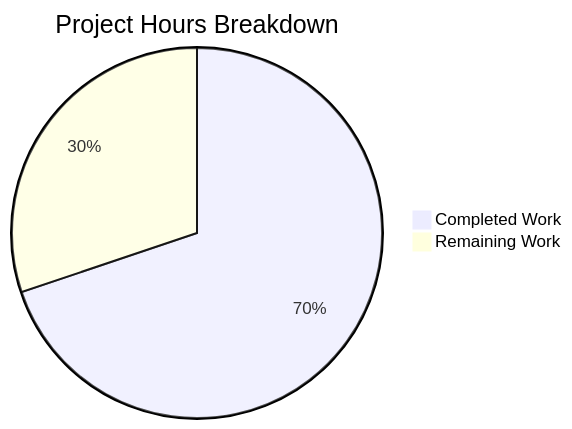
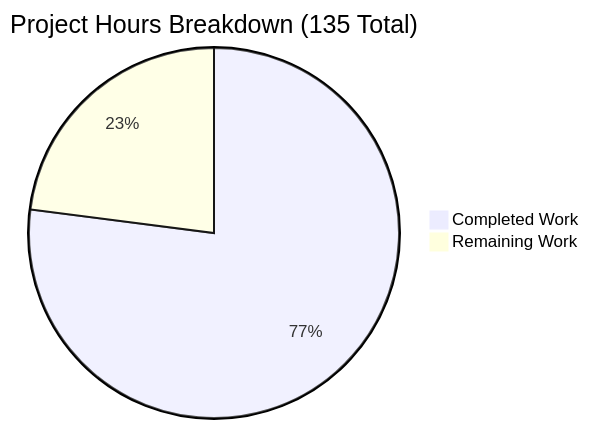
One commit to blitzy-public-samples/blitzy-WebVella-ERP changed the first of 2 diagrams in blitzy/documentation/Project Guide.md. Above: the diagram before and after it, drawn with Mermaid. The commit also changed other lines of this file, not shown here.

Commit message:
Adding Blitzy Project Guide: Project Status and Human Tasks Remaining

````diff
--- a/blitzy/documentation/Project Guide.md
+++ b/blitzy/documentation/Project Guide.md
@@ -52,5 +73,5 @@
 ```mermaid
-pie title Project Hours Breakdown
-    "Completed Work" : 81
-    "Remaining Work" : 35
+pie title Project Hours Breakdown (135 Total)
+    "Completed Work" : 104
+    "Remaining Work" : 31
 ```
````
